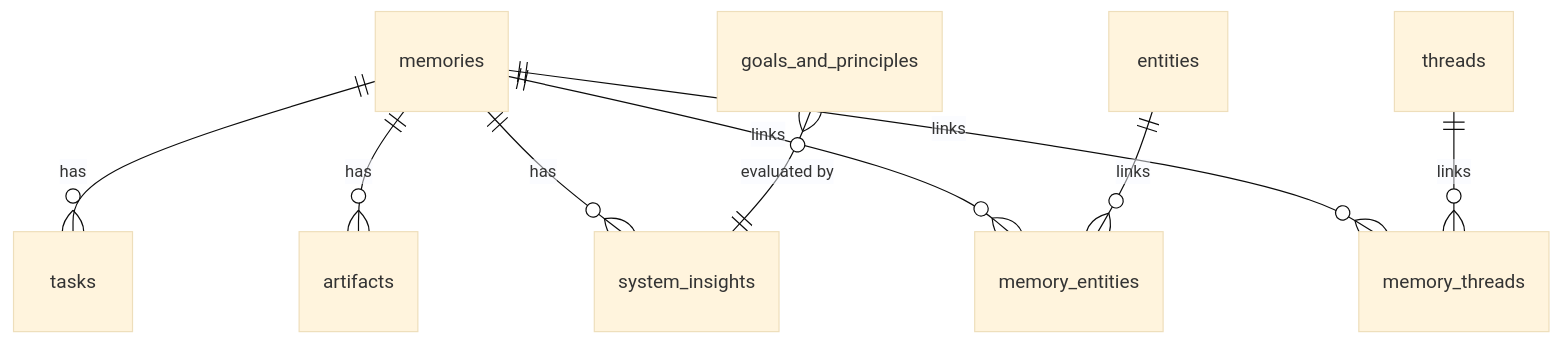
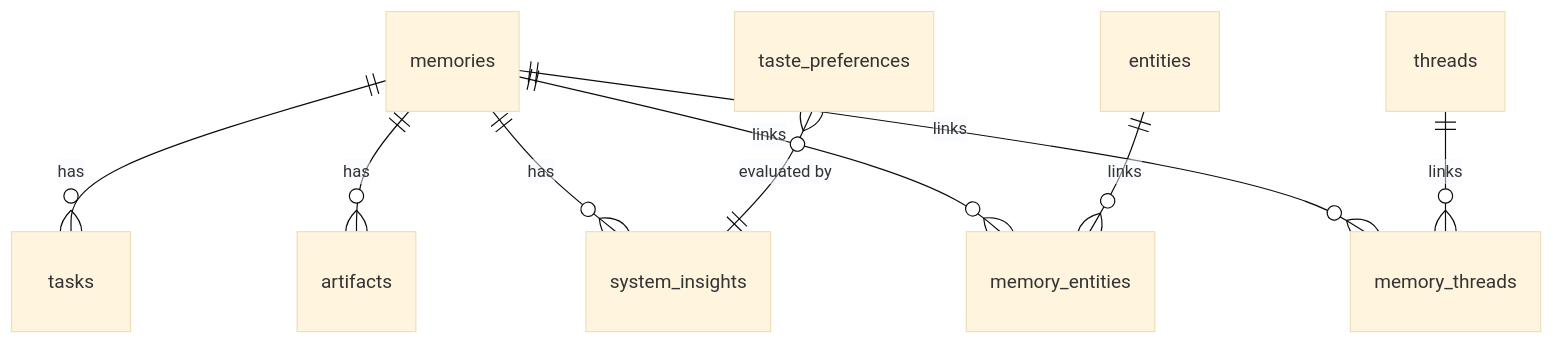
Before and after one commit to ravindrabajpai/my-ob1: the diagram in .agents/skills/project-context/schema-state.md, drawn with Mermaid (base theme). The commit also changed other lines of this file and 21 other files, not shown here.

````diff
--- a/.agents/skills/project-context/schema-state.md
+++ b/.agents/skills/project-context/schema-state.md
@@ -173,11 +230,11 @@
 ```mermaid
 erDiagram
     memories ||--o{ tasks : "has"
     memories ||--o{ artifacts : "has"
     memories ||--o{ system_insights : "has"
     memories ||--o{ memory_entities : "links"
     memories ||--o{ memory_threads : "links"
     entities ||--o{ memory_entities : "links"
     threads ||--o{ memory_threads : "links"
-    goals_and_principles }o--|| system_insights : "evaluated by"
+    taste_preferences }o--|| system_insights : "evaluated by"
 ```
````
